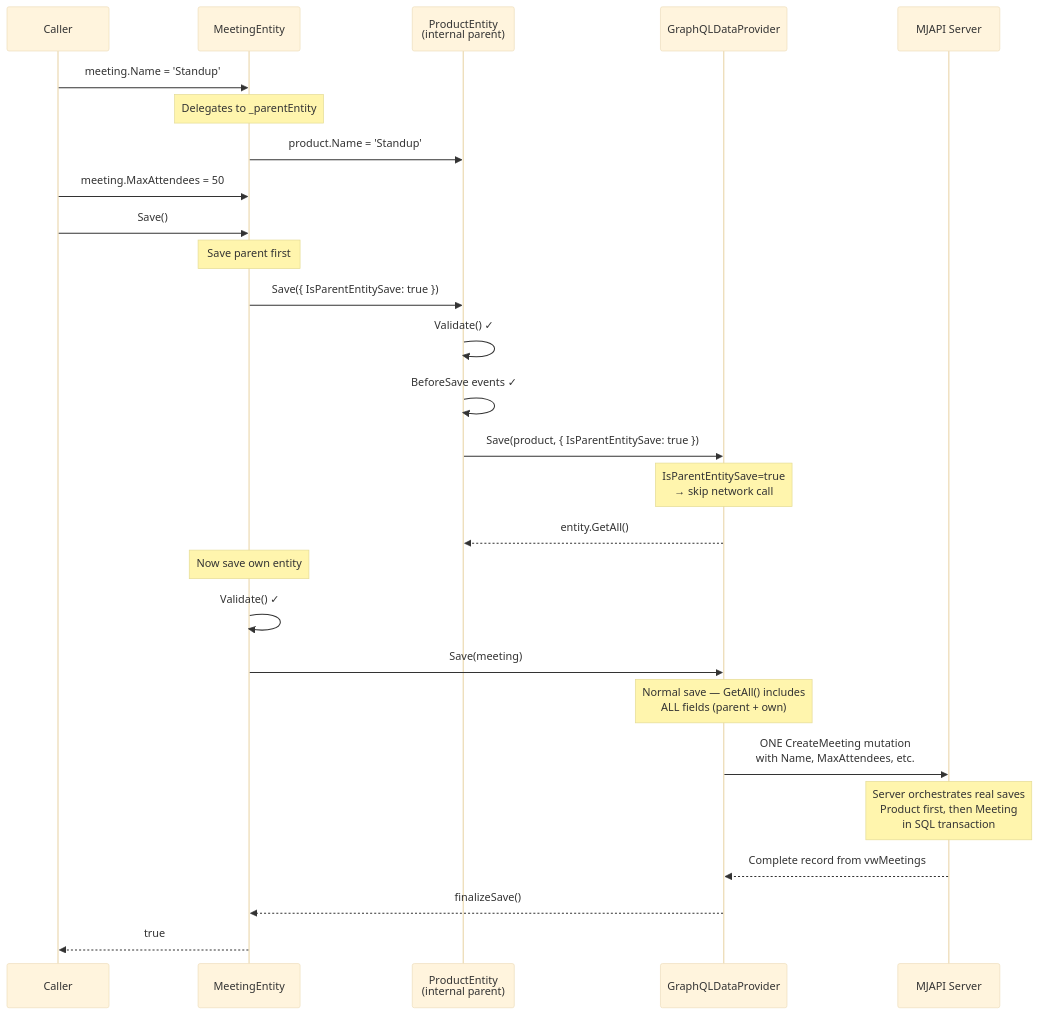
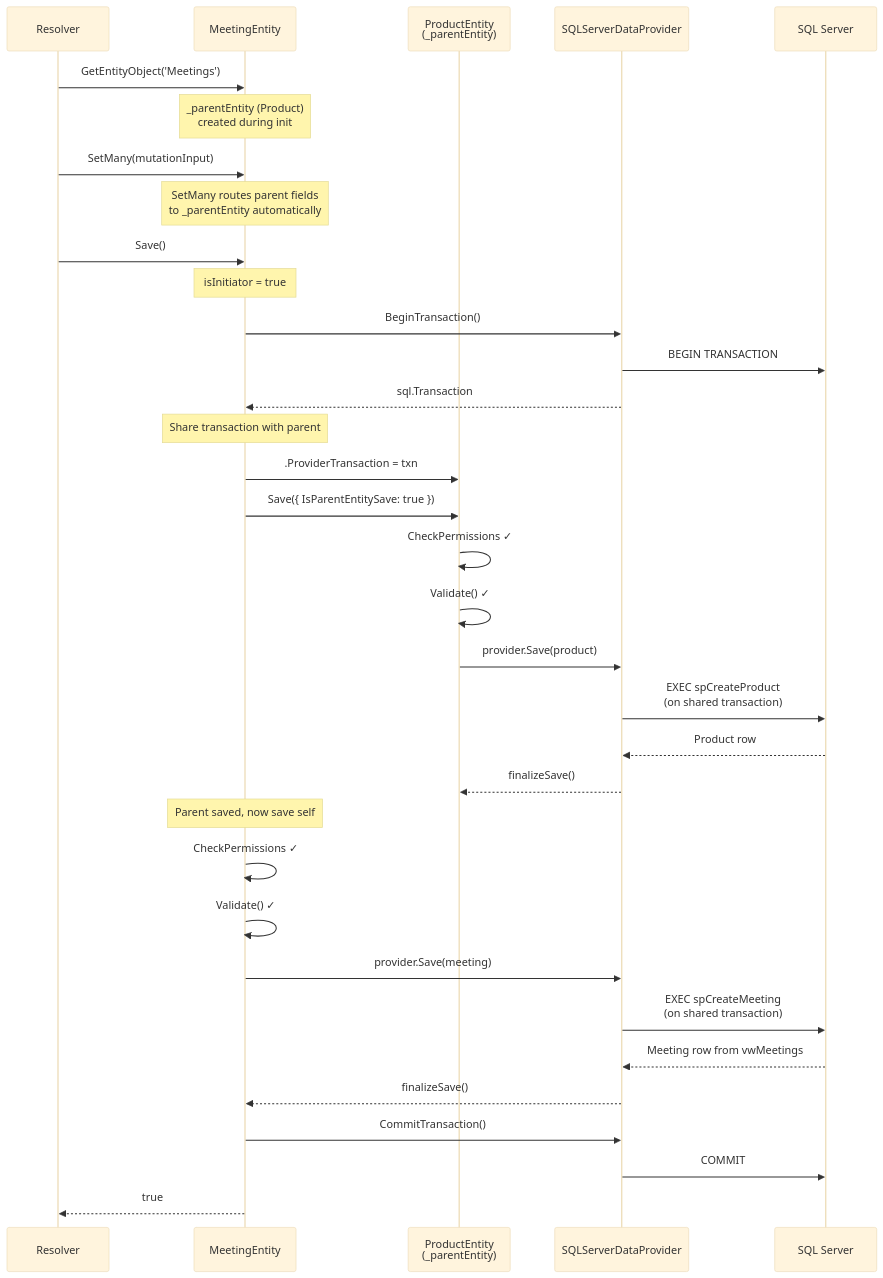
One commit to MemberJunction/MJ changed diagram 11 of 13 in plans/entity-system-enhancements-virtual-and-supertype.md. Above: the diagram before and after it, drawn with Mermaid (base theme). The commit also changed other lines of this file, not shown here.

First line of the commit message:
docs: rewrite virtual entities & IS-A type modeling plan with refined architecture

````diff
--- a/plans/entity-system-enhancements-virtual-and-supertype.md
+++ b/plans/entity-system-enhancements-virtual-and-supertype.md
@@ -1360,35 +1005,45 @@
 ```mermaid
 sequenceDiagram
-    participant Caller
+    participant Resolver
     participant Meeting as MeetingEntity
-    participant Product as ProductEntity<br/>(internal parent)
-    participant GQL as GraphQLDataProvider
-    participant Server as MJAPI Server
+    participant Product as ProductEntity<br/>(_parentEntity)
+    participant SQLProv as SQLServerDataProvider
+    participant DB as SQL Server
 
-    Caller->>Meeting: meeting.Name = 'Standup'
-    Note over Meeting: Delegates to _parentEntity
-    Meeting->>Product: product.Name = 'Standup'
+    Resolver->>Meeting: GetEntityObject('Meetings')
+    Note over Meeting: _parentEntity (Product)<br/>created during init
 
-    Caller->>Meeting: meeting.MaxAttendees = 50
-    Caller->>Meeting: Save()
+    Resolver->>Meeting: SetMany(mutationInput)
+    Note over Meeting: SetMany routes parent fields<br/>to _parentEntity automatically
 
-    Note over Meeting: Save parent first
+    Resolver->>Meeting: Save()
+
+    Note over Meeting: isInitiator = true
+
+    Meeting->>SQLProv: BeginTransaction()
+    SQLProv->>DB: BEGIN TRANSACTION
+    SQLProv-->>Meeting: sql.Transaction
+
+    Note over Meeting: Share transaction with parent
+    Meeting->>Product: .ProviderTransaction = txn
+
     Meeting->>Product: Save({ IsParentEntitySave: true })
+    Product->>Product: CheckPermissions ✓
     Product->>Product: Validate() ✓
-    Product->>Product: BeforeSave events ✓
-    Product->>GQL: Save(product, { IsParentEntitySave: true })
-    Note over GQL: IsParentEntitySave=true<br/>→ skip network call
-    GQL-->>Product: entity.GetAll()
+    Product->>SQLProv: provider.Save(product)
+    SQLProv->>DB: EXEC spCreateProduct<br/>(on shared transaction)
+    DB-->>SQLProv: Product row
+    SQLProv-->>Product: finalizeSave()
 
-    Note over Meeting: Now save own entity
+    Note over Meeting: Parent saved, now save self
+    Meeting->>Meeting: CheckPermissions ✓
     Meeting->>Meeting: Validate() ✓
-    Meeting->>GQL: Save(meeting)
-    Note over GQL: Normal save — GetAll() includes<br/>ALL fields (parent + own)
-    GQL->>Server: ONE CreateMeeting mutation<br/>with Name, MaxAttendees, etc.
+    Meeting->>SQLProv: provider.Save(meeting)
+    SQLProv->>DB: EXEC spCreateMeeting<br/>(on shared transaction)
+    DB-->>SQLProv: Meeting row from vwMeetings
+    SQLProv-->>Meeting: finalizeSave()
 
-    Note over Server: Server orchestrates real saves<br/>Product first, then Meeting<br/>in SQL transaction
-
-    Server-->>GQL: Complete record from vwMeetings
-    GQL-->>Meeting: finalizeSave()
-    Meeting-->>Caller: true
+    Meeting->>SQLProv: CommitTransaction()
+    SQLProv->>DB: COMMIT
+    Meeting-->>Resolver: true
 ```
````
